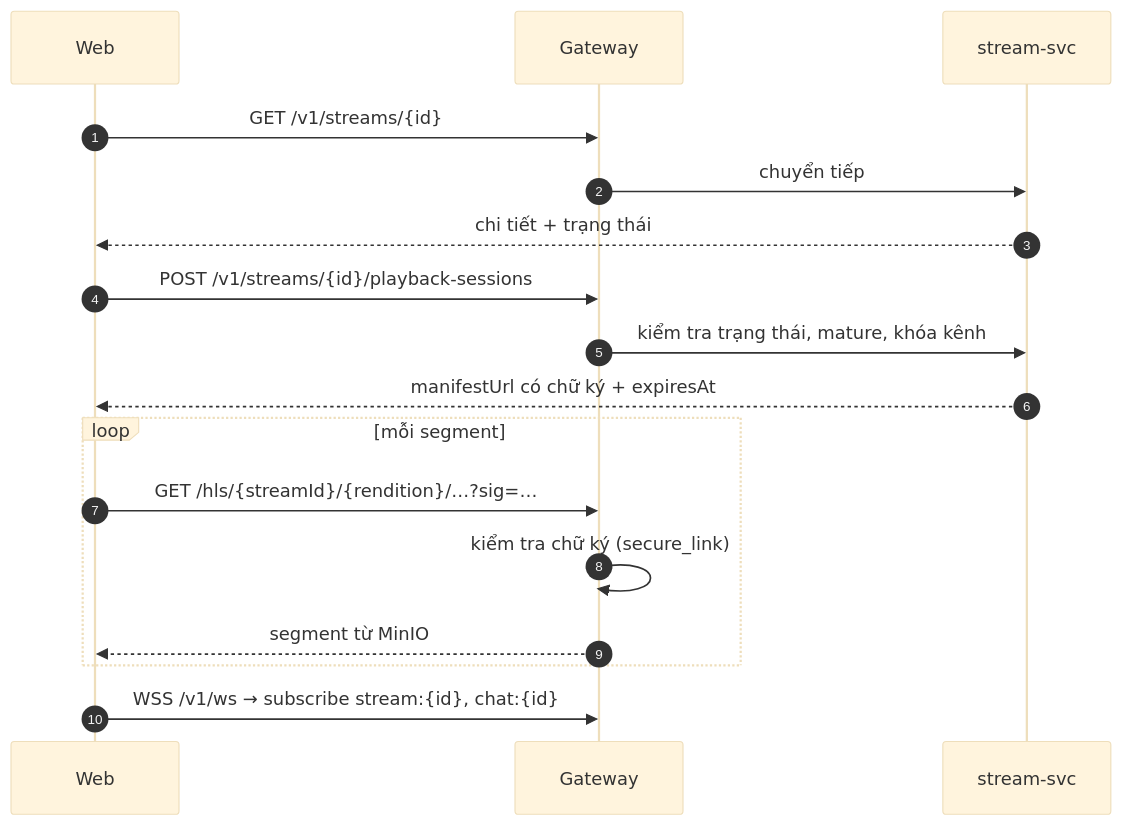
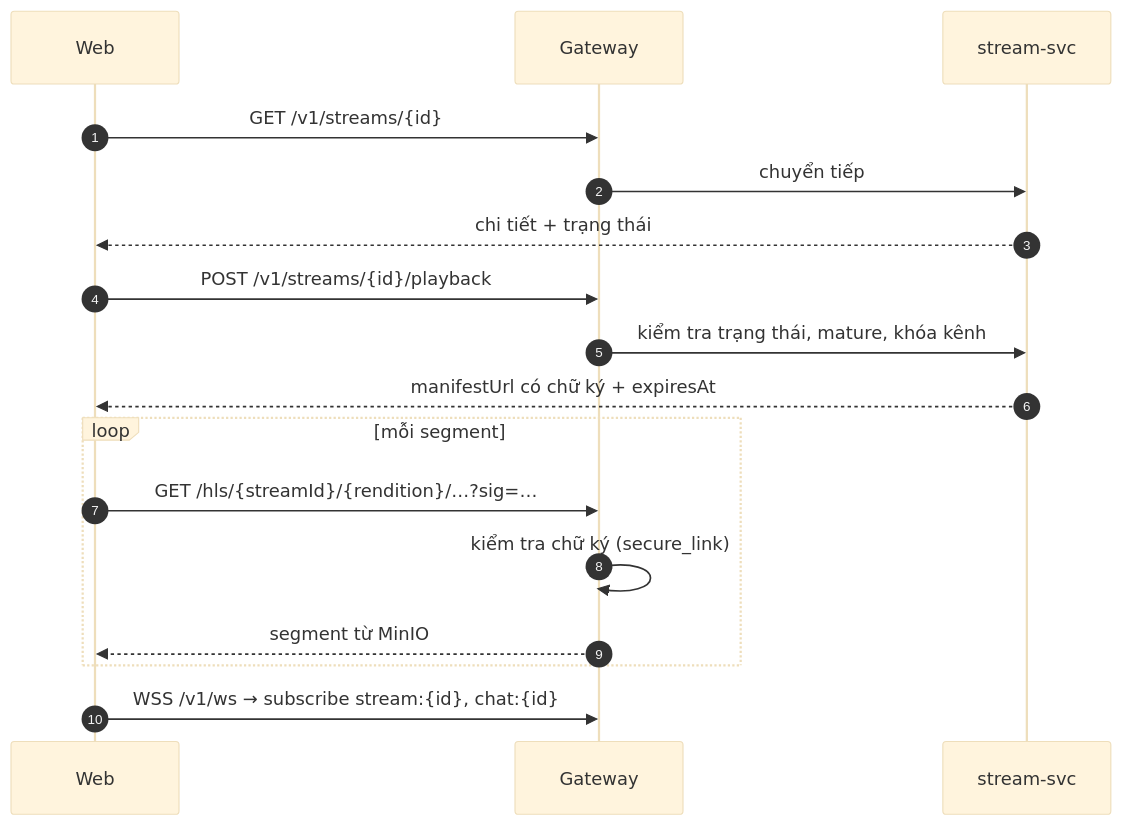
Before and after one commit to XiaoChaoMing/nexus-be: the fourth of 7 diagrams in docs/architecture/system-architecture.md, drawn with Mermaid (base theme). The commit also changed other lines of this file and 4 other files, not shown here.

Commit message:
docs: guest chat and OBS overlay in features, ADR-017/018, data model and API; align the architecture doc with the code

````diff
--- a/docs/architecture/system-architecture.md
+++ b/docs/architecture/system-architecture.md
@@ -235,19 +251,19 @@
 ```mermaid
 sequenceDiagram
     autonumber
     participant W as Web
     participant G as Gateway
     participant S as stream-svc
     W->>G: GET /v1/streams/{id}
     G->>S: chuyển tiếp
     S-->>W: chi tiết + trạng thái
-    W->>G: POST /v1/streams/{id}/playback-sessions
+    W->>G: POST /v1/streams/{id}/playback
     G->>S: kiểm tra trạng thái, mature, khóa kênh
     S-->>W: manifestUrl có chữ ký + expiresAt
     loop mỗi segment
         W->>G: GET /hls/{streamId}/{rendition}/…?sig=…
         G->>G: kiểm tra chữ ký (secure_link)
         G-->>W: segment từ MinIO
     end
     W->>G: WSS /v1/ws → subscribe stream:{id}, chat:{id}
 ```
````
